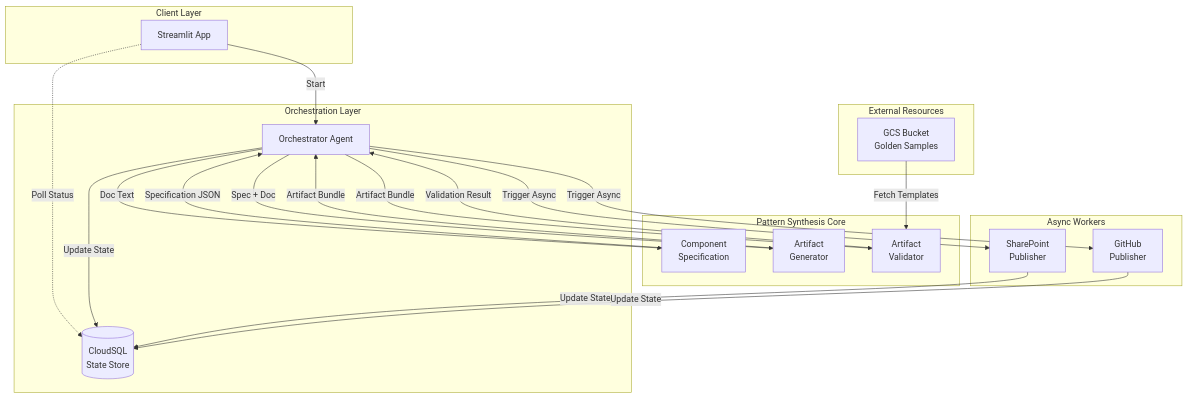
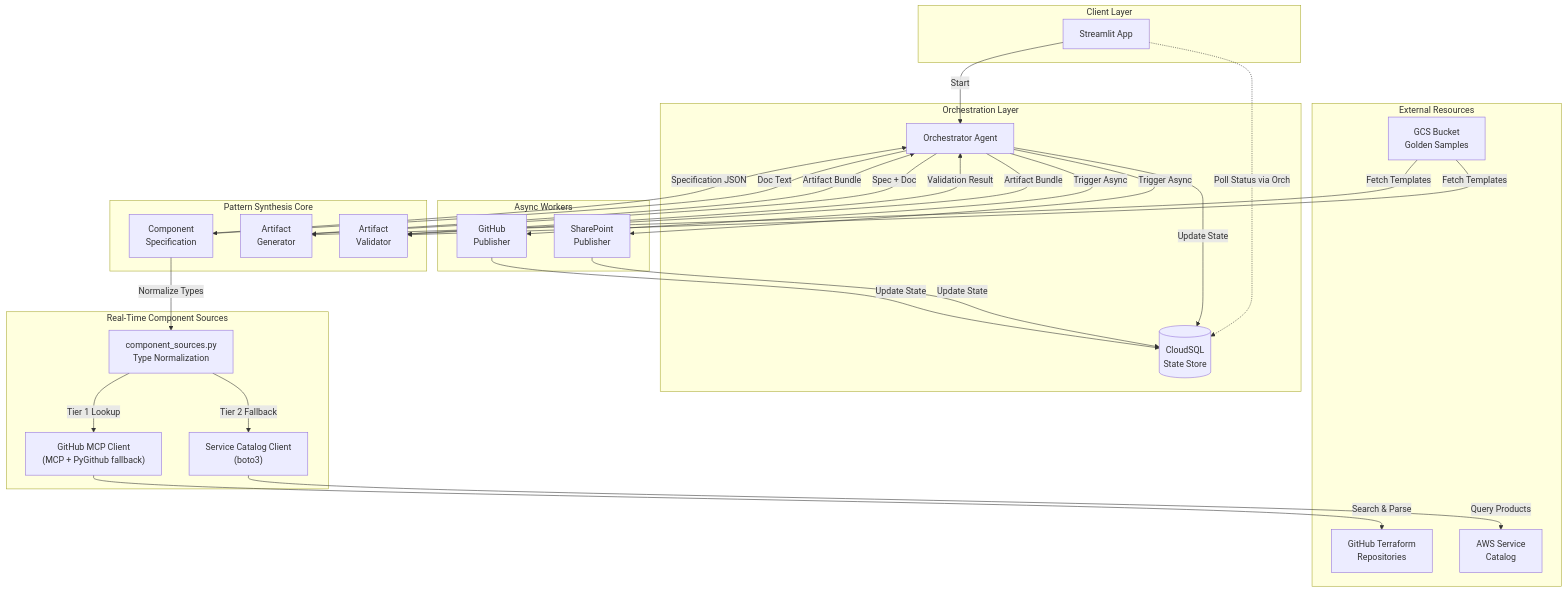
One commit to rnerurkar/engen changed the fifth of 7 diagrams in DESIGN_DOCUMENT.md. Above: the diagram before and after it, drawn with Mermaid. The commit also changed other lines of this file, not shown here.

First line of the commit message:
Update DESIGN_DOCUMENT.md v2.0: Reflect real-time component resolution architecture

````diff
--- a/DESIGN_DOCUMENT.md
+++ b/DESIGN_DOCUMENT.md
@@ -442,48 +530,62 @@
 ```mermaid
 graph TD
     subgraph "Client Layer"
         UI[Streamlit App]
     end
 
     subgraph "Orchestration Layer"
         Orch[Orchestrator Agent]
         DB[(CloudSQL<br/>State Store)]
     end
 
     subgraph "Pattern Synthesis Core"
         CompSpec["Component<br/>Specification"]
         ArtGen["Artifact<br/>Generator"]
         ArtVal["Artifact<br/>Validator"]
     end
 
+    subgraph "Real-Time Component Sources"
+        CompSources["component_sources.py<br/>Type Normalization"]
+        GitMCP["GitHub MCP Client<br/>(MCP + PyGithub fallback)"]
+        SvcCat["Service Catalog Client<br/>(boto3)"]
+    end
+
     subgraph "Async Workers"
         PubDocs[SharePoint<br/>Publisher]
         PubCode[GitHub<br/>Publisher]
     end
 
     subgraph "External Resources"
         GCS[GCS Bucket<br/>Golden Samples]
+        GitRepos[GitHub Terraform<br/>Repositories]
+        AWSSC[AWS Service<br/>Catalog]
     end
 
     %% Data Flow
     UI -->|Start| Orch
-    UI -.->|Poll Status| DB
+    UI -.->|Poll Status via Orch| DB
 
     Orch -->|Update State| DB
     Orch -->|Trigger Async| PubDocs
     Orch -->|Trigger Async| PubCode
 
     PubDocs -->|Update State| DB
     PubCode -->|Update State| DB
     
+    GCS -->|Fetch Templates| ArtGen
     GCS -->|Fetch Templates| ArtVal
 
     Orch -->|Doc Text| CompSpec
+    CompSpec -->|Normalize Types| CompSources
+    CompSources -->|Tier 1 Lookup| GitMCP
+    CompSources -->|Tier 2 Fallback| SvcCat
+    GitMCP -->|Search & Parse| GitRepos
+    SvcCat -->|Query Products| AWSSC
     CompSpec -->|Specification JSON| Orch
 
     Orch -->|Spec + Doc| ArtGen
     ArtGen -->|Artifact Bundle| Orch
 
     Orch -->|Artifact Bundle| ArtVal
     ArtVal -->|Validation Result| Orch
 ```
````
